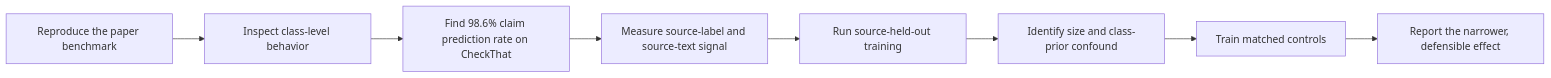
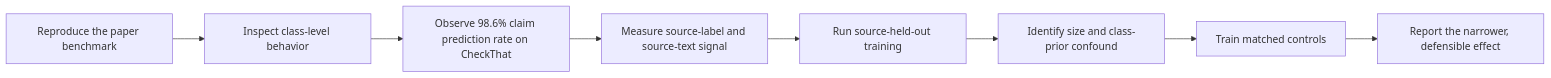
The first of 2 diagrams in README.md (newrohansinha/claim-detector), drawn with Mermaid before and after one commit. The commit also changed other lines of this file, not shown here.

````diff
--- a/README.md
+++ b/README.md
@@ -78,10 +84,10 @@
 ```mermaid
 flowchart LR
   A[Reproduce the paper benchmark] --> B[Inspect class-level behavior]
-  B --> C[Find 98.6% claim prediction rate on CheckThat]
+  B --> C[Observe 98.6% claim prediction rate on CheckThat]
   C --> D[Measure source-label and source-text signal]
   D --> E[Run source-held-out training]
   E --> F[Identify size and class-prior confound]
   F --> G[Train matched controls]
   G --> H[Report the narrower, defensible effect]
 ```
````
